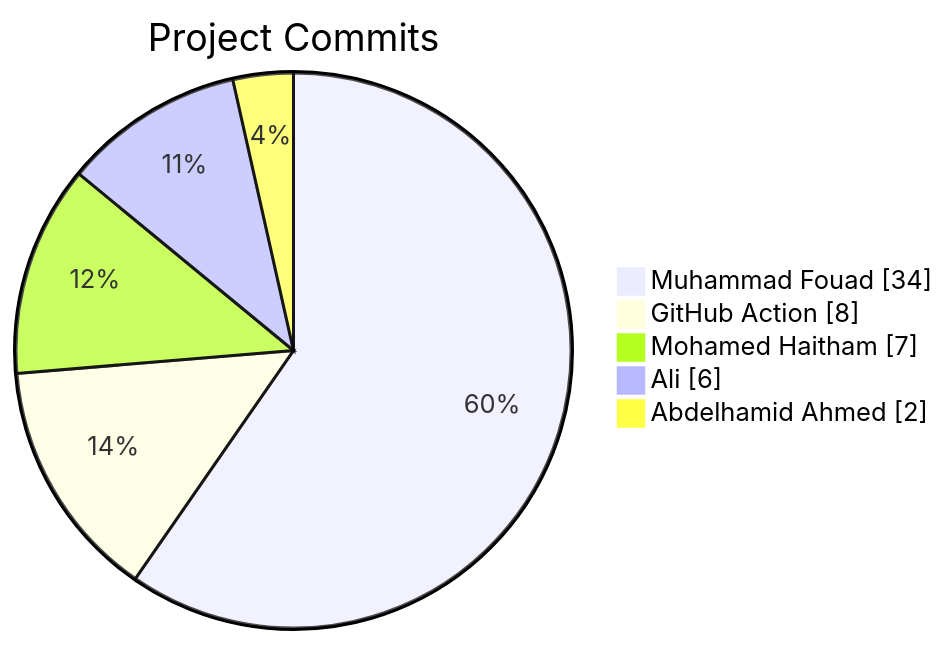
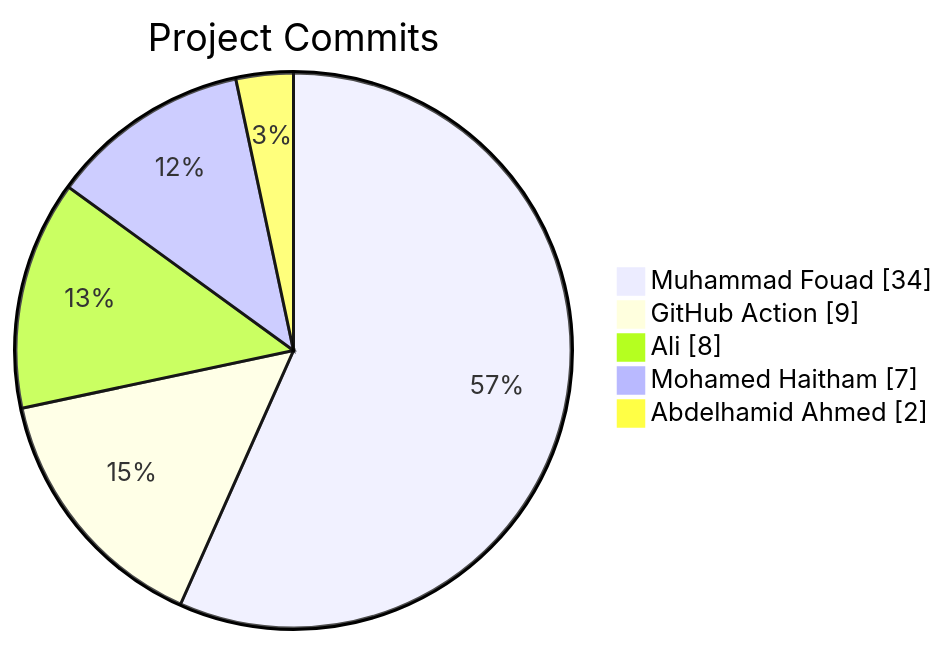
Before and after one commit to Abdelhamid-El-rashidy/Library_System: the diagram in README.md, drawn with Mermaid.

Commit message:
docs: update contributor stats [skip ci]

````diff
--- a/README.md
+++ b/README.md
@@ -11,9 +11,9 @@
 ```mermaid
 pie showData
     title Project Commits
     "Muhammad Fouad" : 34
-    "GitHub Action" : 8
+    "GitHub Action" : 9
+    "Ali" : 8
     "Mohamed Haitham" : 7
-    "Ali" : 6
     "Abdelhamid Ahmed" : 2
 ```
````
